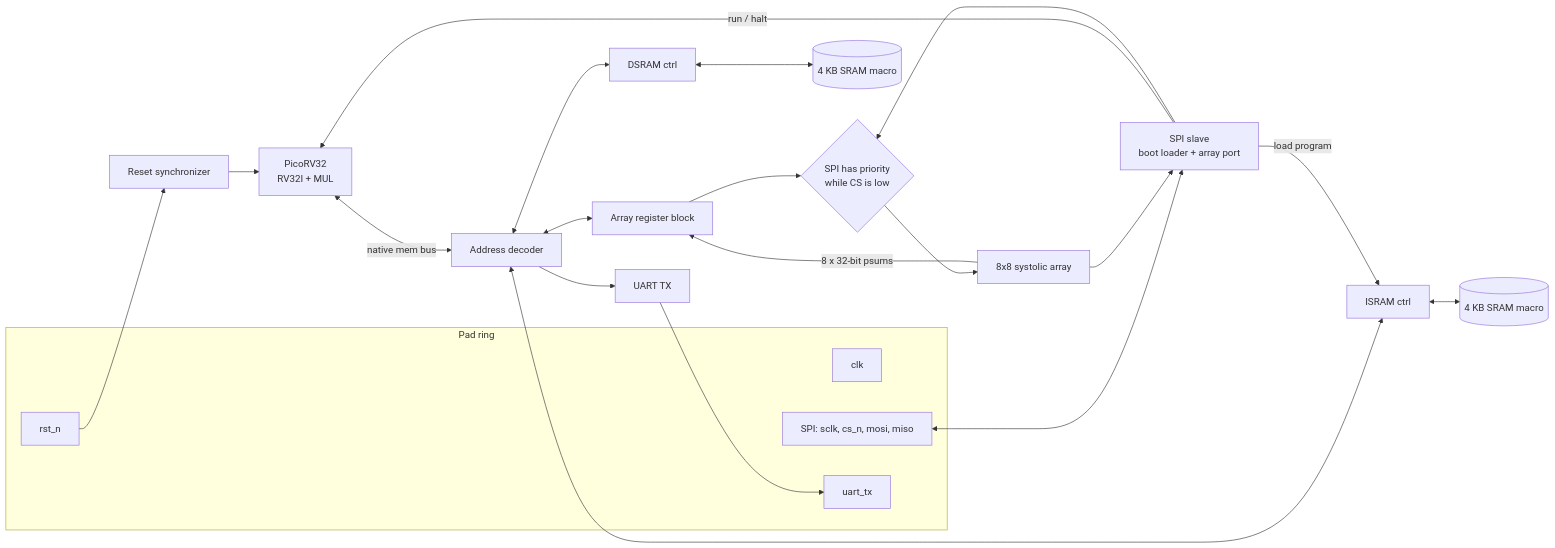
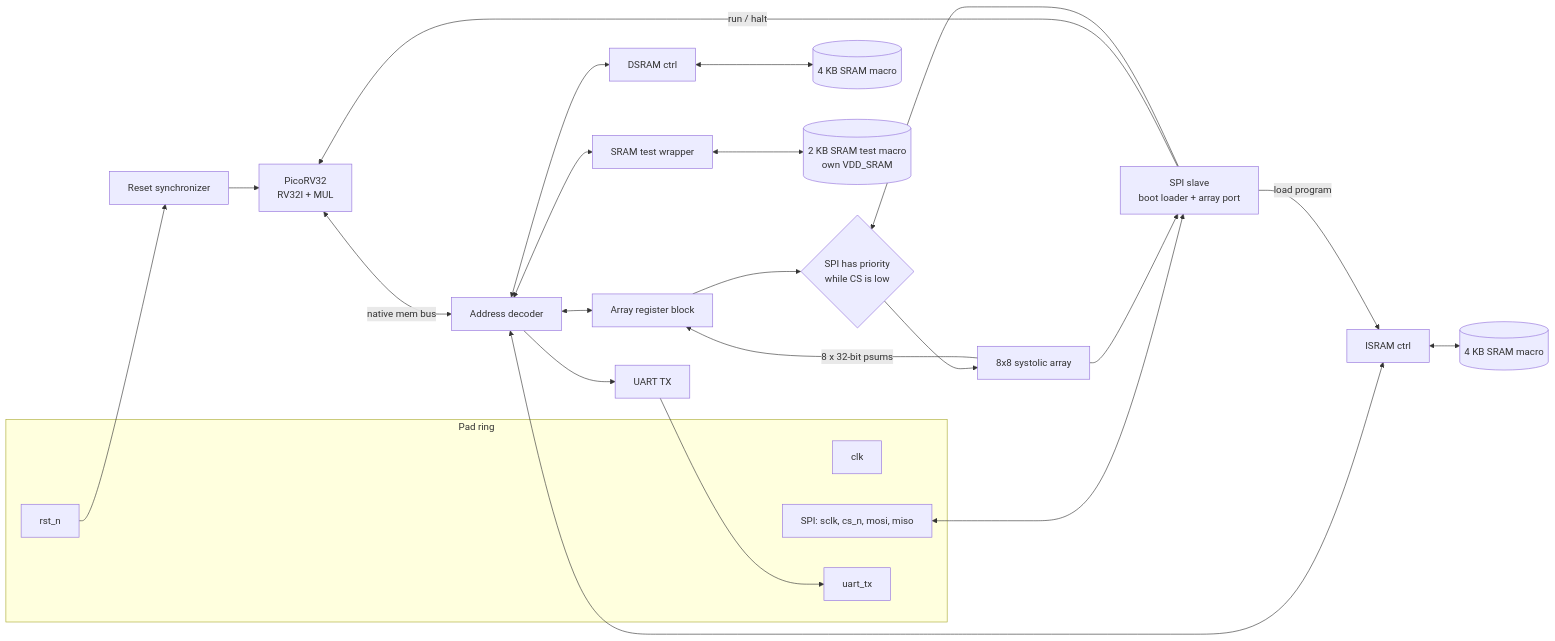
One commit to RakshithSuresh2001/argo-rv32-systolic-ihp130 changed the diagram in README.md. Above: the diagram before and after it, drawn with Mermaid. The commit also changed other lines of this file and 4 other files, not shown here.

````diff
--- a/README.md
+++ b/README.md
@@ -61,27 +63,28 @@
 ```mermaid
 flowchart LR
     subgraph pads [Pad ring]
         CLK[clk] 
         RST[rst_n]
         SPI[SPI: sclk, cs_n, mosi, miso]
         UTX[uart_tx]
     end
 
     RST --> RS[Reset synchronizer]
     RS --> CPU
     SPI <--> SPIS[SPI slave<br/>boot loader + array port]
 
     CPU[PicoRV32<br/>RV32I + MUL] <-->|native mem bus| DEC[Address decoder]
     DEC <--> IS[ISRAM ctrl] <--> ISM[(4 KB SRAM macro)]
     DEC <--> DS[DSRAM ctrl] <--> DSM[(4 KB SRAM macro)]
     DEC <--> REG[Array register block]
     DEC --> UART[UART TX] --> UTX
+    DEC <--> ST[SRAM test wrapper] <--> STM[(2 KB SRAM test macro<br/>own VDD_SRAM)]
 
     SPIS -->|load program| IS
     SPIS -->|run / halt| CPU
     REG --> MUX{SPI has priority<br/>while CS is low}
     SPIS --> MUX
     MUX --> SA[8x8 systolic array]
     SA -->|8 x 32-bit psums| REG
     SA --> SPIS
 ```
````
